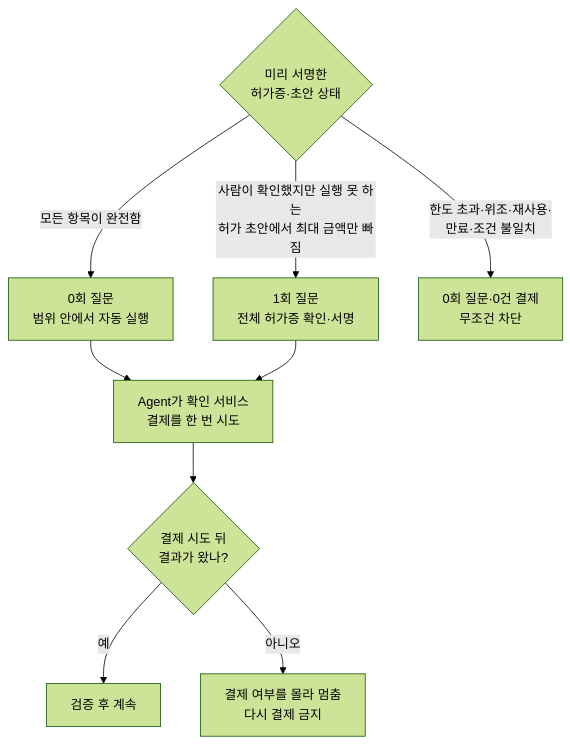
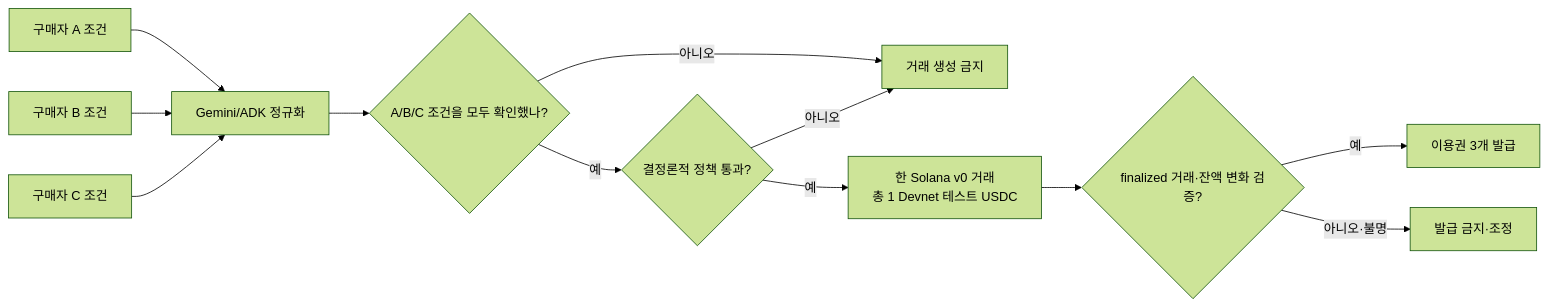
Before and after one commit to procloudkim/2026-Solana-Google: the fifth of 6 diagrams in research/decision-report/rpc-rescue-middle-school-visual-guide.md, drawn with Mermaid (forest theme). The commit also changed other lines of this file and 75 other files, not shown here.

````diff
--- a/research/decision-report/rpc-rescue-middle-school-visual-guide.md
+++ b/research/decision-report/rpc-rescue-middle-school-visual-guide.md
@@ -179,12 +118,14 @@
 ```mermaid
-flowchart TD
-    A{"미리 서명한<br/>허가증·초안 상태"}
-    A -->|모든 항목이 완전함| B["0회 질문<br/>범위 안에서 자동 실행"]
-    A -->|사람이 확인했지만 실행 못 하는<br/>허가 초안에서 최대 금액만 빠짐| C["1회 질문<br/>전체 허가증 확인·서명"]
-    A -->|한도 초과·위조·재사용·<br/>만료·조건 불일치| D["0회 질문·0건 결제<br/>무조건 차단"]
-    B --> P["Agent가 확인 서비스<br/>결제를 한 번 시도"]
-    C --> P
-    P --> E{"결제 시도 뒤<br/>결과가 왔나?"}
-    E -->|예| F["검증 후 계속"]
-    E -->|아니오| G["결제 여부를 몰라 멈춤<br/>다시 결제 금지"]
+flowchart LR
+    A["구매자 A 조건"] --> N["Gemini/ADK 정규화"]
+    B["구매자 B 조건"] --> N
+    C["구매자 C 조건"] --> N
+    N --> H{"A/B/C 조건을 모두 확인했나?"}
+    H -->|아니오| X["거래 생성 금지"]
+    H -->|예| P{"결정론적 정책 통과?"}
+    P -->|아니오| X
+    P -->|예| T["한 Solana v0 거래<br/>총 1 Devnet 테스트 USDC"]
+    T --> V{"finalized 거래·잔액 변화 검증?"}
+    V -->|예| E["이용권 3개 발급"]
+    V -->|아니오·불명| R["발급 금지·조정"]
 ```
````
